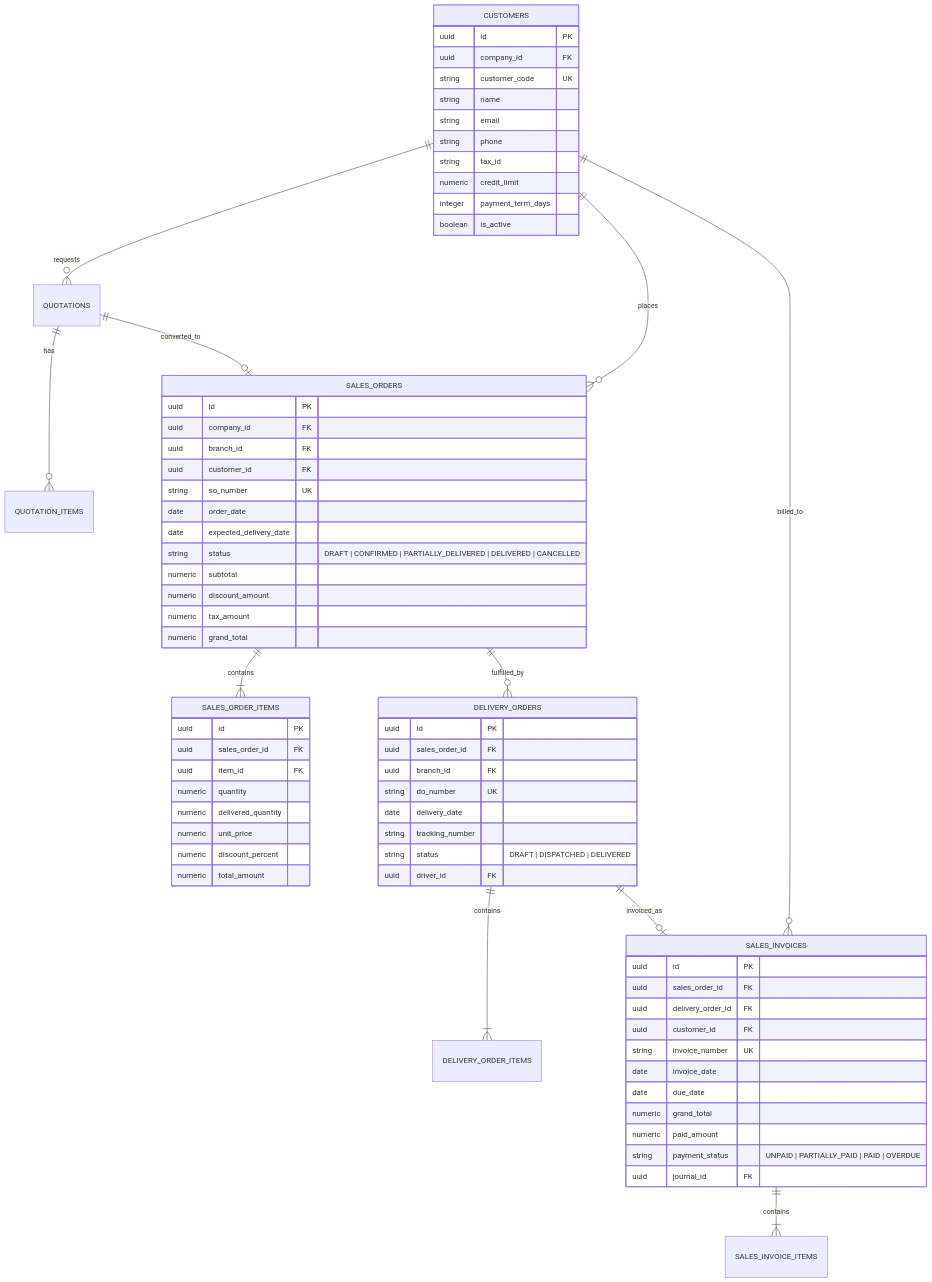
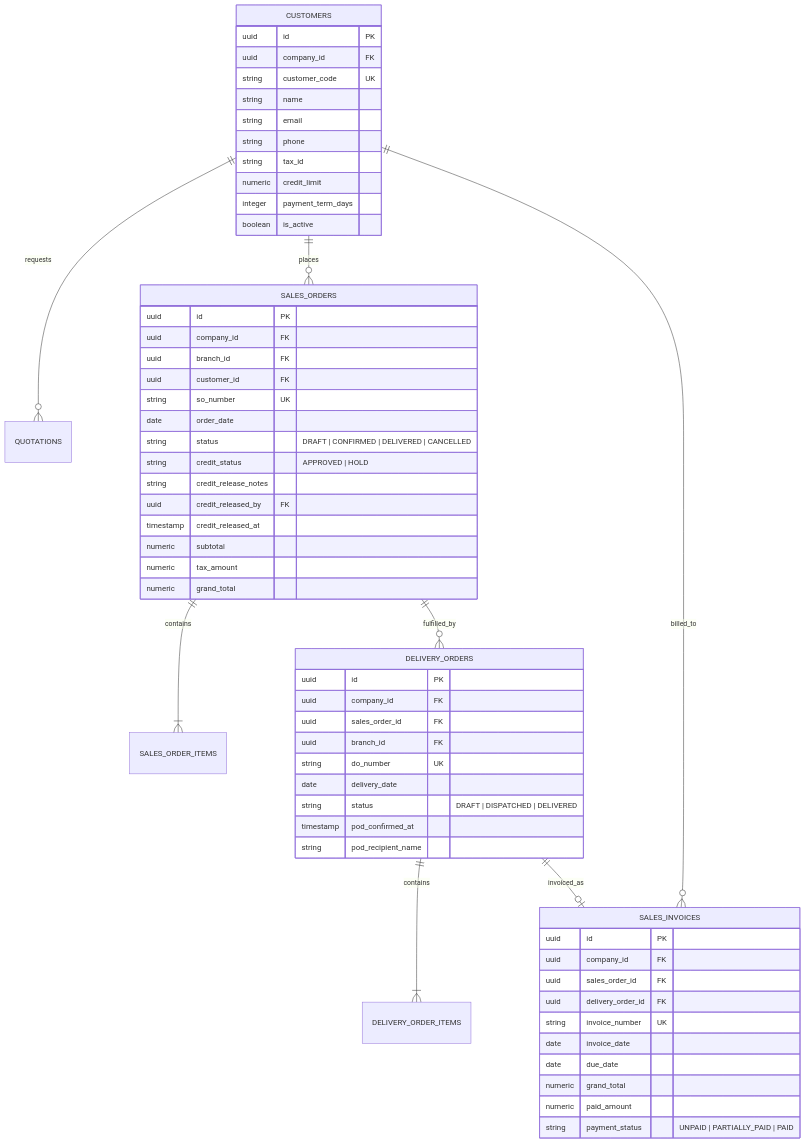
Before and after one commit to Vall-Here/mnf-erp-nextjs-golang: the fourth of 4 diagrams in sdd/03_sales_sdd.md, drawn with Mermaid. The commit also changed other lines of this file and 10 other files, not shown here.

````diff
--- a/sdd/03_sales_sdd.md
+++ b/sdd/03_sales_sdd.md
@@ -121,77 +122,65 @@
 ```mermaid
 erDiagram
     CUSTOMERS ||--o{ QUOTATIONS : "requests"
     CUSTOMERS ||--o{ SALES_ORDERS : "places"
     CUSTOMERS ||--o{ SALES_INVOICES : "billed_to"
-    QUOTATIONS ||--o{ QUOTATION_ITEMS : "has"
-    QUOTATIONS ||--o| SALES_ORDERS : "converted_to"
     SALES_ORDERS ||--|{ SALES_ORDER_ITEMS : "contains"
     SALES_ORDERS ||--o{ DELIVERY_ORDERS : "fulfilled_by"
     DELIVERY_ORDERS ||--|{ DELIVERY_ORDER_ITEMS : "contains"
     DELIVERY_ORDERS ||--o| SALES_INVOICES : "invoiced_as"
-    SALES_INVOICES ||--|{ SALES_INVOICE_ITEMS : "contains"
 
     CUSTOMERS {
         uuid id PK
         uuid company_id FK
         string customer_code UK
         string name
         string email
         string phone
         string tax_id
         numeric credit_limit
         integer payment_term_days
         boolean is_active
     }
 
     SALES_ORDERS {
         uuid id PK
         uuid company_id FK
         uuid branch_id FK
         uuid customer_id FK
         string so_number UK
         date order_date
-        date expected_delivery_date
-        string status "DRAFT | CONFIRMED | PARTIALLY_DELIVERED | DELIVERED | CANCELLED"
+        string status "DRAFT | CONFIRMED | DELIVERED | CANCELLED"
+        string credit_status "APPROVED | HOLD"
+        string credit_release_notes
+        uuid credit_released_by FK
+        timestamp credit_released_at
         numeric subtotal
-        numeric discount_amount
         numeric tax_amount
         numeric grand_total
     }
 
-    SALES_ORDER_ITEMS {
-        uuid id PK
-        uuid sales_order_id FK
-        uuid item_id FK
-        numeric quantity
-        numeric delivered_quantity
-        numeric unit_price
-        numeric discount_percent
-        numeric total_amount
-    }
-
     DELIVERY_ORDERS {
         uuid id PK
+        uuid company_id FK
         uuid sales_order_id FK
         uuid branch_id FK
         string do_number UK
         date delivery_date
-        string tracking_number
         string status "DRAFT | DISPATCHED | DELIVERED"
-        uuid driver_id FK
+        timestamp pod_confirmed_at
+        string pod_recipient_name
     }
 
     SALES_INVOICES {
         uuid id PK
+        uuid company_id FK
         uuid sales_order_id FK
         uuid delivery_order_id FK
-        uuid customer_id FK
         string invoice_number UK
         date invoice_date
         date due_date
         numeric grand_total
         numeric paid_amount
-        string payment_status "UNPAID | PARTIALLY_PAID | PAID | OVERDUE"
-        uuid journal_id FK
+        string payment_status "UNPAID | PARTIALLY_PAID | PAID"
     }
 ```
````
